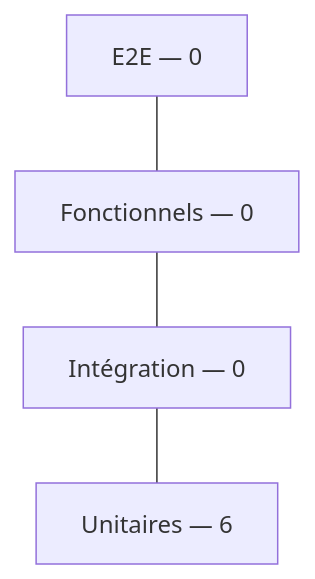
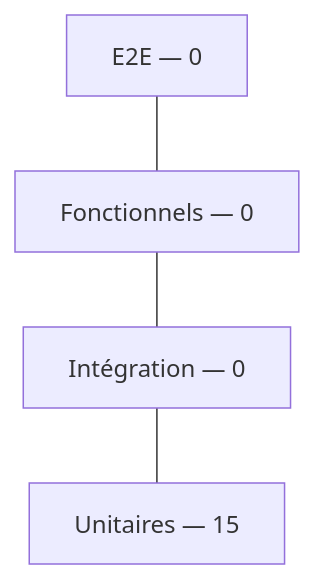
One commit to JavaChrist/Tai-Chi-AI-Coach changed the first of 5 diagrams in docs/runtime/09_TEST_STATUS.md. Above: the diagram before and after it, drawn with Mermaid. The commit also changed other lines of this file and 30 other files, not shown here.

````diff
--- a/docs/runtime/09_TEST_STATUS.md
+++ b/docs/runtime/09_TEST_STATUS.md
@@ -99,10 +110,10 @@
 ```mermaid
 flowchart TB
   E2E[E2E — 0]
   F[Fonctionnels — 0]
   I[Intégration — 0]
-  U[Unitaires — 6]
+  U[Unitaires — 15]
   E2E --- F
   F --- I
   I --- U
 ```
````
